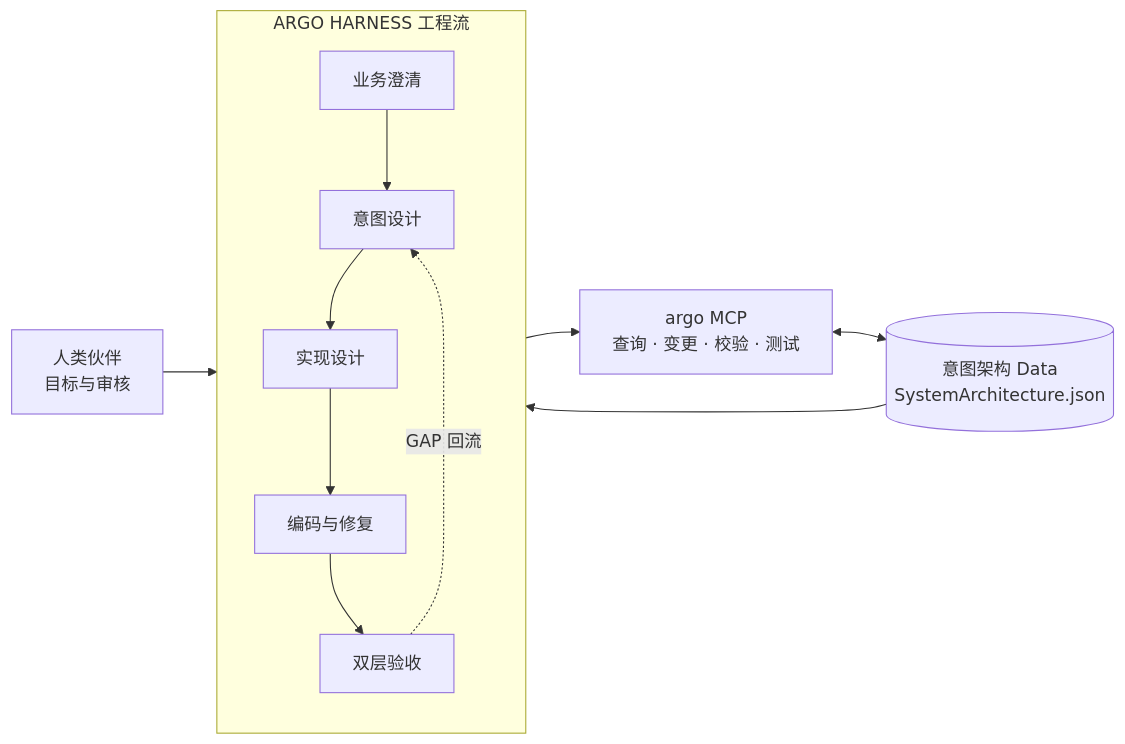
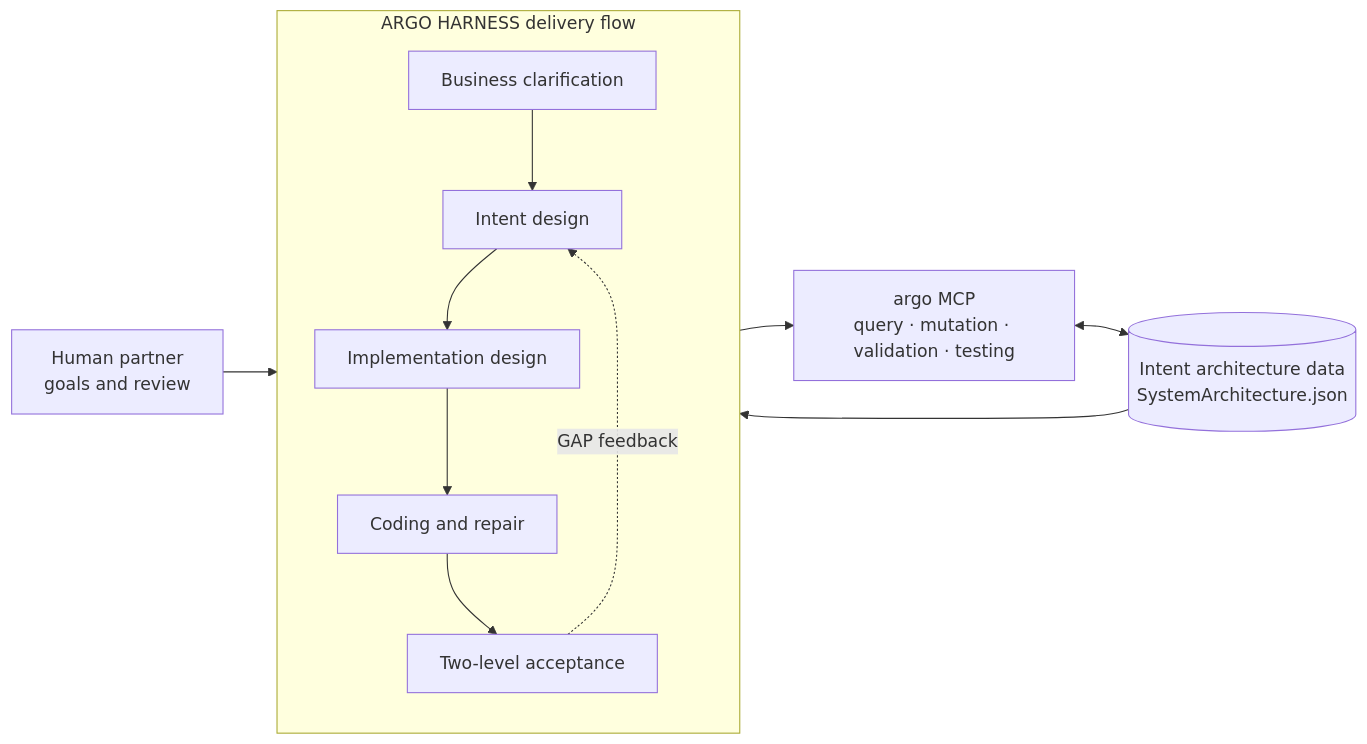
Before and after one commit to derekhu0002/Argo: the first of 2 diagrams in README.md, drawn with Mermaid. The commit also changed other lines of this file and 1 other file, not shown here.

````diff
--- a/README.md
+++ b/README.md
@@ -23,16 +23,16 @@
 ```mermaid
 flowchart LR
-    H[人类伙伴<br/>目标与审核] --> F
+    H[Human partner<br/>goals and review] --> F
 
-    subgraph F[ARGO HARNESS 工程流]
-        BP[业务澄清] --> ID[意图设计]
-        ID --> IM[实现设计]
-        IM --> CR[编码与修复]
-        CR --> A[双层验收]
-        A -. GAP 回流 .-> ID
+    subgraph F[ARGO HARNESS delivery flow]
+        BP[Business clarification] --> ID[Intent design]
+        ID --> IM[Implementation design]
+        IM --> CR[Coding and repair]
+        CR --> A[Two-level acceptance]
+        A -. GAP feedback .-> ID
     end
 
-    F --> M[argo MCP<br/>查询 · 变更 · 校验 · 测试]
-    M <--> K[(意图架构 Data<br/>SystemArchitecture.json)]
+    F --> M[argo MCP<br/>query · mutation · validation · testing]
+    M <--> K[(Intent architecture data<br/>SystemArchitecture.json)]
     K --> F
 ```
````
